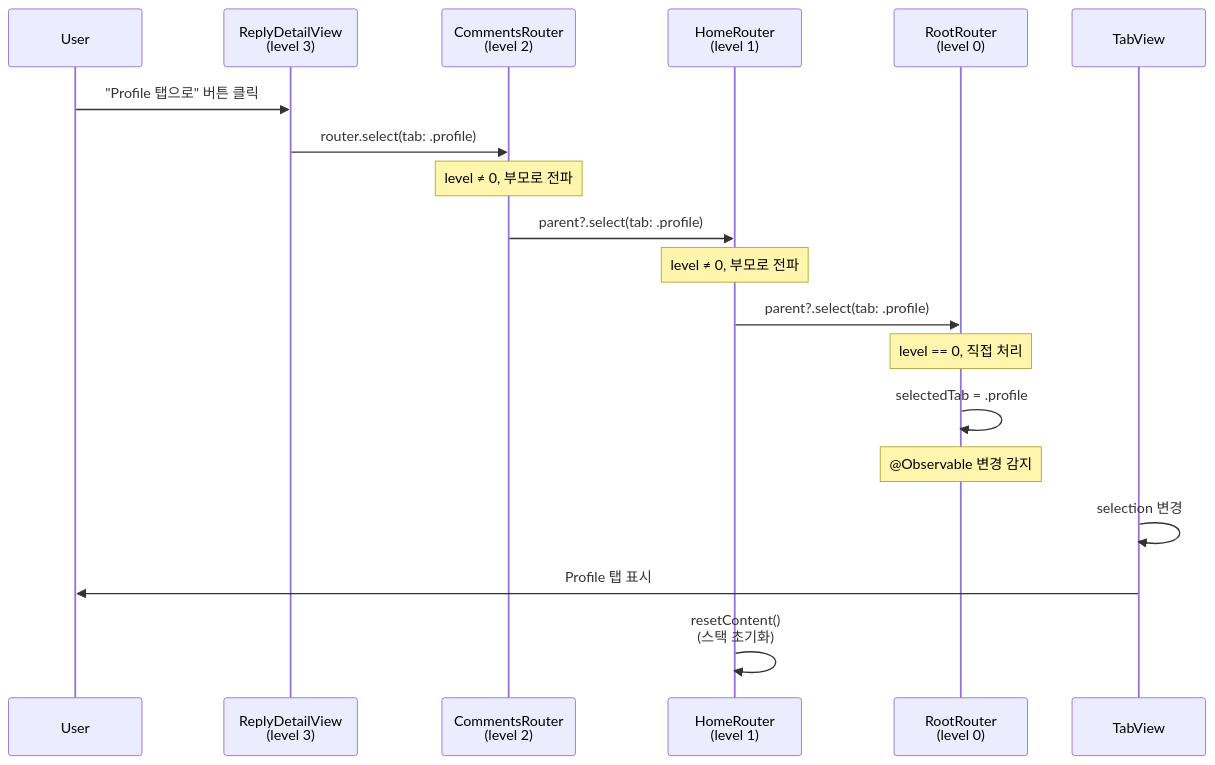
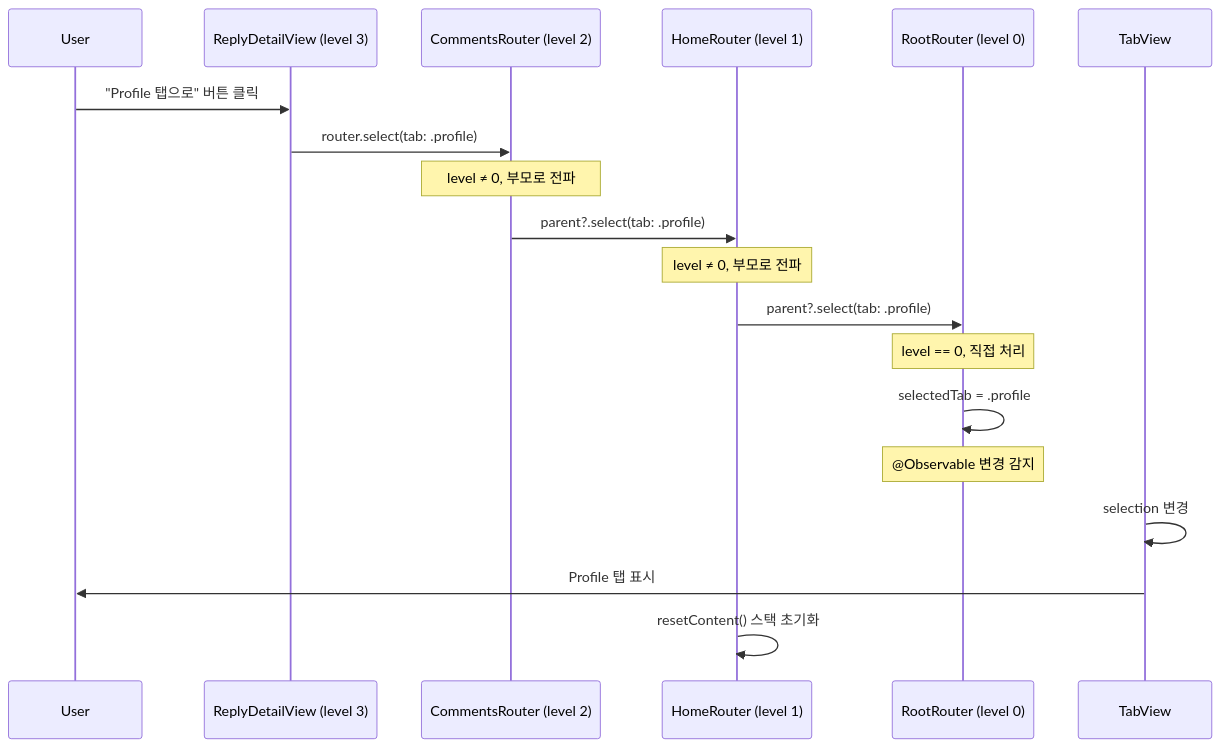
Before and after one commit to youn9k/SwiftUI-Navigation-Demo: the fourth of 6 diagrams in README.md, drawn with Mermaid. The commit also changed other lines of this file and 1 other file, not shown here.

Commit message:
문서 수정

````diff
--- a/README.md
+++ b/README.md
@@ -340,22 +340,22 @@
 ```mermaid
 sequenceDiagram
     participant U as User
-    participant RDV as ReplyDetailView<br/>(level 3)
-    participant CR as CommentsRouter<br/>(level 2)
-    participant HR as HomeRouter<br/>(level 1)
-    participant RR as RootRouter<br/>(level 0)
+    participant RDV as ReplyDetailView (level 3)
+    participant CR as CommentsRouter (level 2)
+    participant HR as HomeRouter (level 1)
+    participant RR as RootRouter (level 0)
     participant TV as TabView
 
     U->>RDV: "Profile 탭으로" 버튼 클릭
     RDV->>CR: router.select(tab: .profile)
     Note over CR: level ≠ 0, 부모로 전파
     CR->>HR: parent?.select(tab: .profile)
     Note over HR: level ≠ 0, 부모로 전파
     HR->>RR: parent?.select(tab: .profile)
     Note over RR: level == 0, 직접 처리
     RR->>RR: selectedTab = .profile
     Note over RR: @Observable 변경 감지
     TV->>TV: selection 변경
     TV->>U: Profile 탭 표시
-    HR->>HR: resetContent()<br/>(스택 초기화)
+    HR->>HR: resetContent() 스택 초기화
 ```
````
